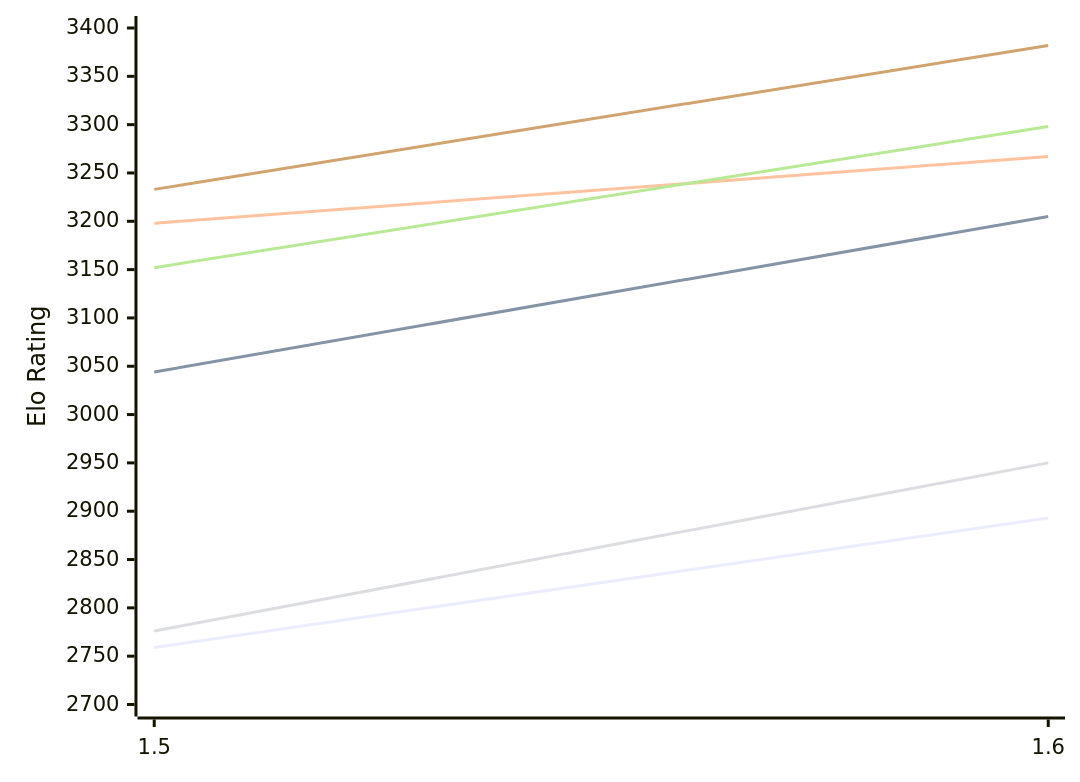
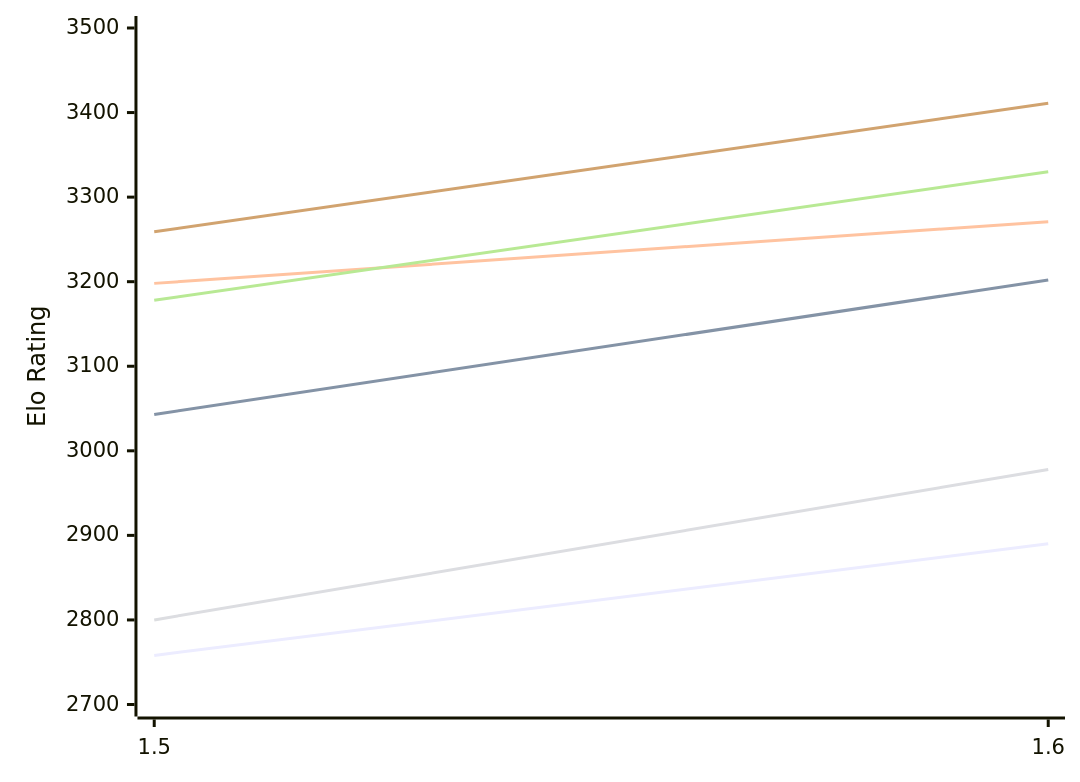
The first of 2 diagrams in engines/Yakka.md (computer-chess-index/cci), drawn with Mermaid before and after one commit. The commit also changed other lines of this file, not shown here.

Commit message:
Update CCI Ratings (ELO VLTC) - 2026-11-04

````diff
--- a/engines/Yakka.md
+++ b/engines/Yakka.md
@@ -51,12 +51,12 @@
 ```mermaid
 %%{init: {"theme":"base","themeVariables":{"seriesColors:['#a3a3a3','#222221','#faa371']}}}%%
 xychart-beta
   x-axis ["1.5", "1.6"]
-  y-axis "Elo Rating" 2700 --> 3400
-  line "E1: STC (8.0+0.08s)" [2759, 2893]
-  line "E1: LTC (60.0+0.60s)" [3044, 3205]
-  line "E1: VLTC (2m24s+1.12s)" [3198, 3267]
-  line "P1: STC (8.0+0.08s)" [2776, 2950]
-  line "P1: LTC (60.0+0.60s)" [3152, 3298]
-  line "P1: VLTC (2m24s+1.12s)" [3233, 3382]
+  y-axis "Elo Rating" 2700 --> 3500
+  line "E1: STC (8.0+0.08s)" [2758, 2890]
+  line "E1: LTC (60.0+0.60s)" [3043, 3202]
+  line "E1: VLTC (2m24s+1.12s)" [3198, 3271]
+  line "P1: STC (8.0+0.08s)" [2800, 2978]
+  line "P1: LTC (60.0+0.60s)" [3178, 3330]
+  line "P1: VLTC (2m24s+1.12s)" [3259, 3411]
 ```
````
